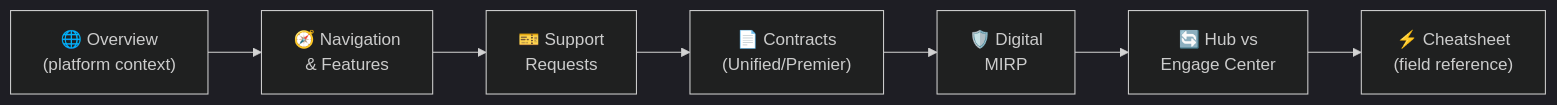
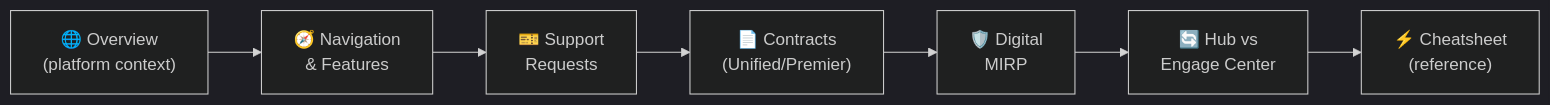
Before and after one commit to marcogrimaldi29/engage-center-notes: the second of 2 diagrams in index.md, drawn with Mermaid. The commit also changed 4 other files, not shown here.

````diff
--- a/index.md
+++ b/index.md
@@ -108,13 +108,13 @@
 ```mermaid
 %%{init: {"theme":"dark"}}%%
 flowchart LR
     OV["🌐 Overview\n(platform context)"]
     NF["🧭 Navigation\n& Features"]
     SR["🎫 Support\nRequests"]
     CT["📄 Contracts\n(Unified/Premier)"]
     DM["🛡️ Digital\nMIRP"]
     SH["🔄 Hub vs\nEngage Center"]
-    CS["⚡ Cheatsheet\n(field reference)"]
+    CS["⚡ Cheatsheet\n(reference)"]
 
     OV --> NF --> SR --> CT --> DM --> SH --> CS
 ```
````
